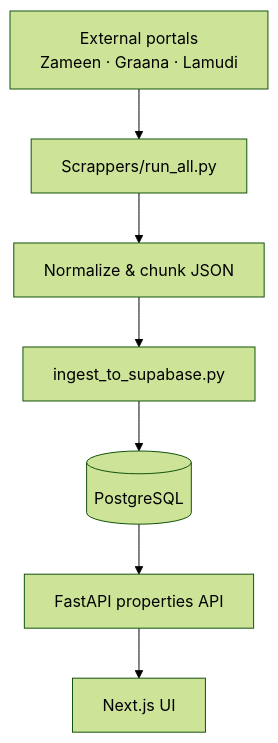
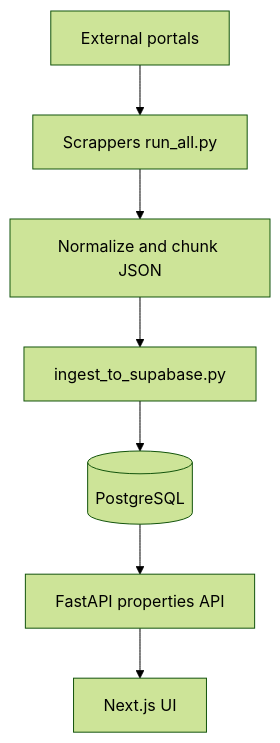
The second of 3 diagrams in README.md (Ninjaa-aa/property-walay), drawn with Mermaid (forest theme) before and after one commit. The commit also changed other lines of this file, not shown here.

Commit message:
Update image paths and improve flowchart syntax

````diff
--- a/README.md
+++ b/README.md
@@ -86,9 +76,9 @@
 ```mermaid
 flowchart TD
-  A[External portals<br/>Zameen · Graana · Lamudi] --> B[Scrappers/run_all.py]
-  B --> C[Normalize & chunk JSON]
+  A[External portals] --> B[Scrappers run_all.py]
+  B --> C[Normalize and chunk JSON]
   C --> D[ingest_to_supabase.py]
   D --> E[(PostgreSQL)]
   E --> F[FastAPI properties API]
   F --> G[Next.js UI]
 ```
````
